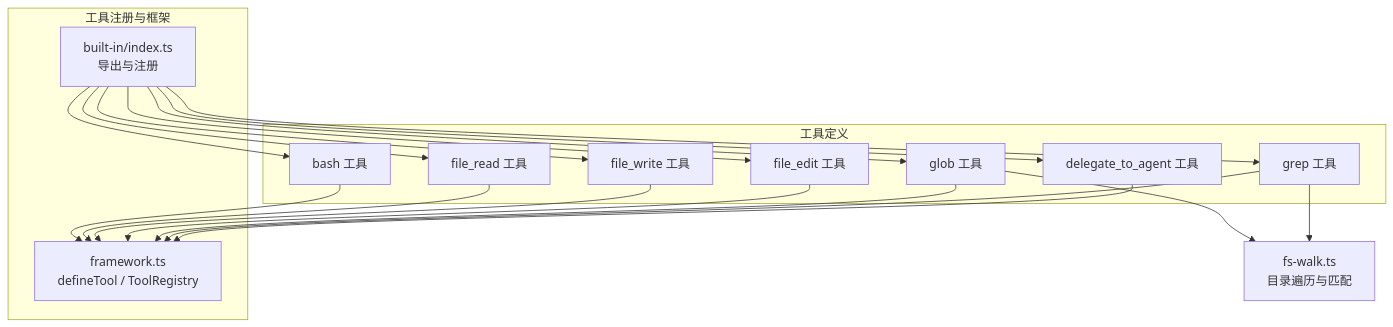
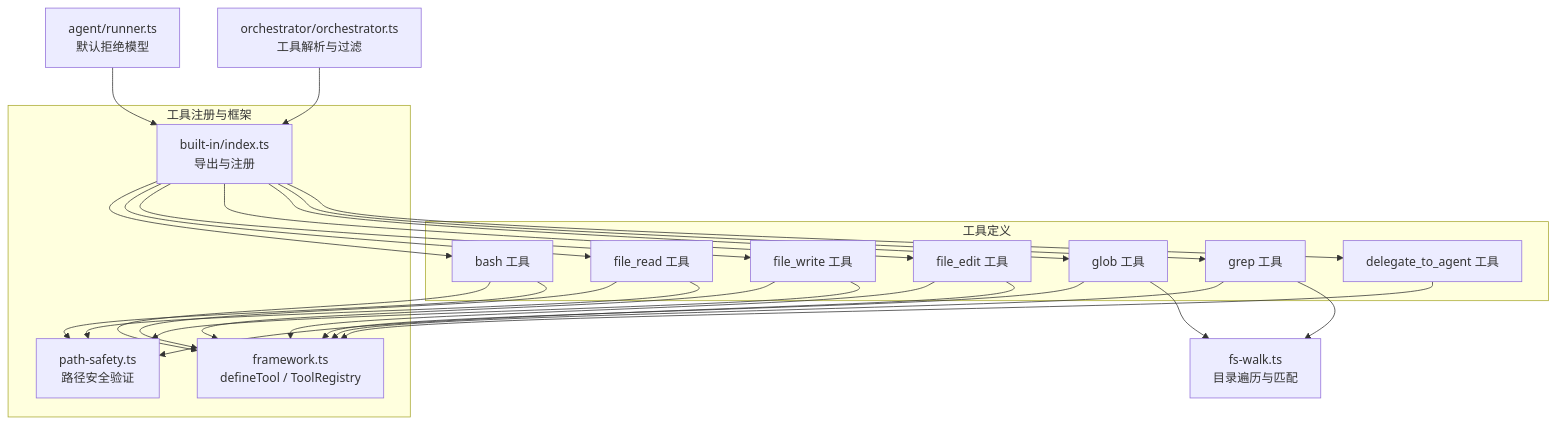
Before and after one commit to haolange/open-multi-agent: the first of 4 diagrams in .qoder/repowiki/zh/content/工具系统/内置工具.md, drawn with Mermaid. The commit also changed other lines of this file and 7 other files, not shown here.

````diff
--- a/.qoder/repowiki/zh/content/工具系统/内置工具.md
+++ b/.qoder/repowiki/zh/content/工具系统/内置工具.md
@@ -48,33 +55,42 @@
 ```mermaid
 graph TB
 subgraph "工具定义"
 A["bash 工具"]
 B["file_read 工具"]
 C["file_write 工具"]
 D["file_edit 工具"]
 E["glob 工具"]
 F["grep 工具"]
 G["delegate_to_agent 工具"]
 end
 subgraph "工具注册与框架"
 H["built-in/index.ts<br/>导出与注册"]
 I["framework.ts<br/>defineTool / ToolRegistry"]
+J["path-safety.ts<br/>路径安全验证"]
 end
-J["fs-walk.ts<br/>目录遍历与匹配"]
+K["fs-walk.ts<br/>目录遍历与匹配"]
+L["agent/runner.ts<br/>默认拒绝模型"]
+M["orchestrator/orchestrator.ts<br/>工具解析与过滤"]
 H --> A
 H --> B
 H --> C
 H --> D
 H --> E
 H --> F
 H --> G
 A --> I
 B --> I
 C --> I
 D --> I
 E --> I
 F --> I
 G --> I
-E --> J
-F --> J
+E --> K
+F --> K
+A --> J
+B --> J
+C --> J
+D --> J
+L --> H
+M --> H
 ```
````
